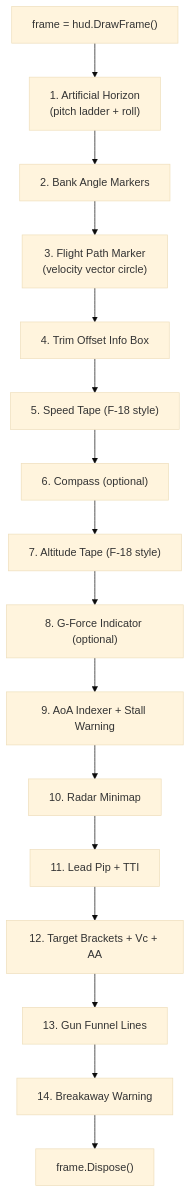
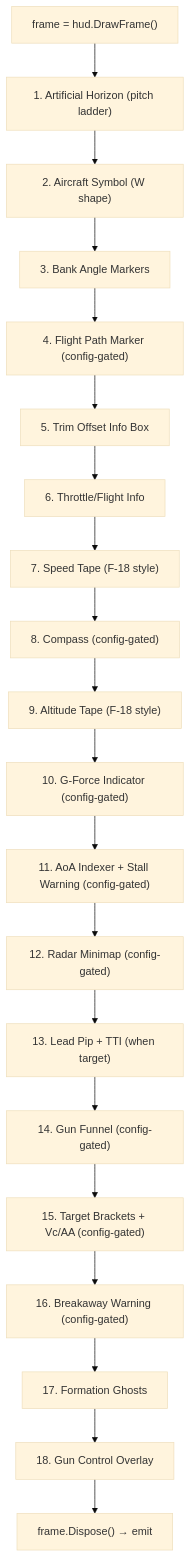
One commit to Terilia/JetOS changed the second of 9 diagrams in docs/hud-rendering.md. Above: the diagram before and after it, drawn with Mermaid (base theme). The commit also changed other lines of this file and 23 other files, not shown here.

````diff
--- a/docs/hud-rendering.md
+++ b/docs/hud-rendering.md
@@ -38,18 +45,22 @@
 ```mermaid
 flowchart TD
-    FRAME["frame = hud.DrawFrame()"] --> H1["1. Artificial Horizon\n(pitch ladder + roll)"]
-    H1 --> H2["2. Bank Angle Markers"]
-    H2 --> H3["3. Flight Path Marker\n(velocity vector circle)"]
-    H3 --> H4["4. Trim Offset Info Box"]
-    H4 --> H5["5. Speed Tape (F-18 style)"]
-    H5 --> H6["6. Compass (optional)"]
-    H6 --> H7["7. Altitude Tape (F-18 style)"]
-    H7 --> H8["8. G-Force Indicator (optional)"]
-    H8 --> H9["9. AoA Indexer + Stall Warning"]
-    H9 --> H10["10. Radar Minimap"]
-    H10 --> H11["11. Lead Pip + TTI"]
-    H11 --> H12["12. Target Brackets + Vc + AA"]
-    H12 --> H13["13. Gun Funnel Lines"]
-    H13 --> H14["14. Breakaway Warning"]
-    H14 --> DISPOSE["frame.Dispose()"]
+    F["frame = hud.DrawFrame()"] --> H1["1. Artificial Horizon (pitch ladder)"]
+    H1 --> H2["2. Aircraft Symbol (W shape)"]
+    H2 --> H3["3. Bank Angle Markers"]
+    H3 --> H4["4. Flight Path Marker (config-gated)"]
+    H4 --> H5["5. Trim Offset Info Box"]
+    H5 --> H6["6. Throttle/Flight Info"]
+    H6 --> H7["7. Speed Tape (F-18 style)"]
+    H7 --> H8["8. Compass (config-gated)"]
+    H8 --> H9["9. Altitude Tape (F-18 style)"]
+    H9 --> H10["10. G-Force Indicator (config-gated)"]
+    H10 --> H11["11. AoA Indexer + Stall Warning (config-gated)"]
+    H11 --> H12["12. Radar Minimap (config-gated)"]
+    H12 --> H13["13. Lead Pip + TTI (when target)"]
+    H13 --> H14["14. Gun Funnel (config-gated)"]
+    H14 --> H15["15. Target Brackets + Vc/AA (config-gated)"]
+    H15 --> H16["16. Breakaway Warning (config-gated)"]
+    H16 --> H17["17. Formation Ghosts"]
+    H17 --> H18["18. Gun Control Overlay"]
+    H18 --> DSP["frame.Dispose() → emit"]
 ```
````
